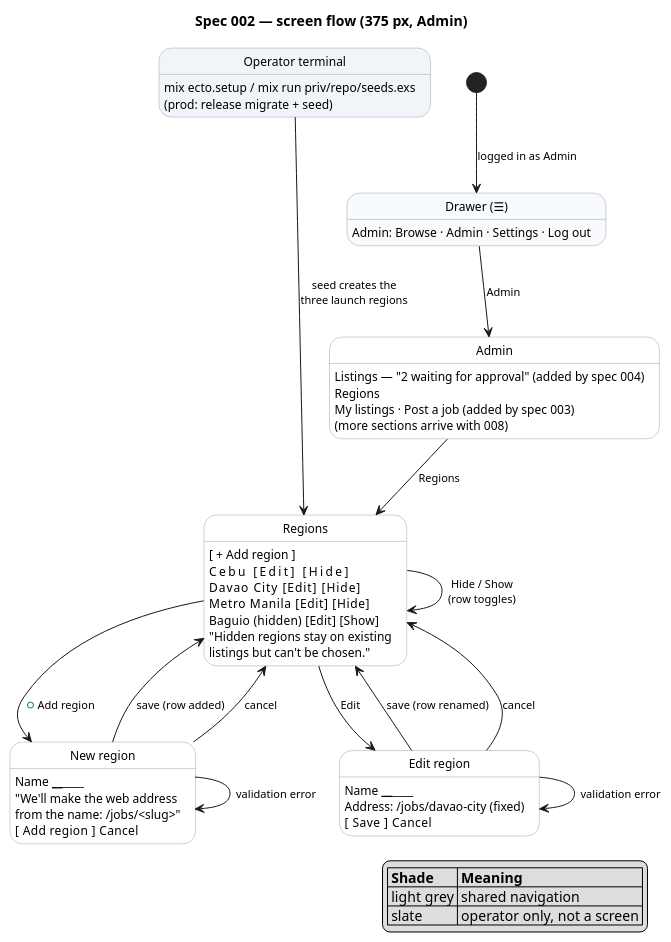
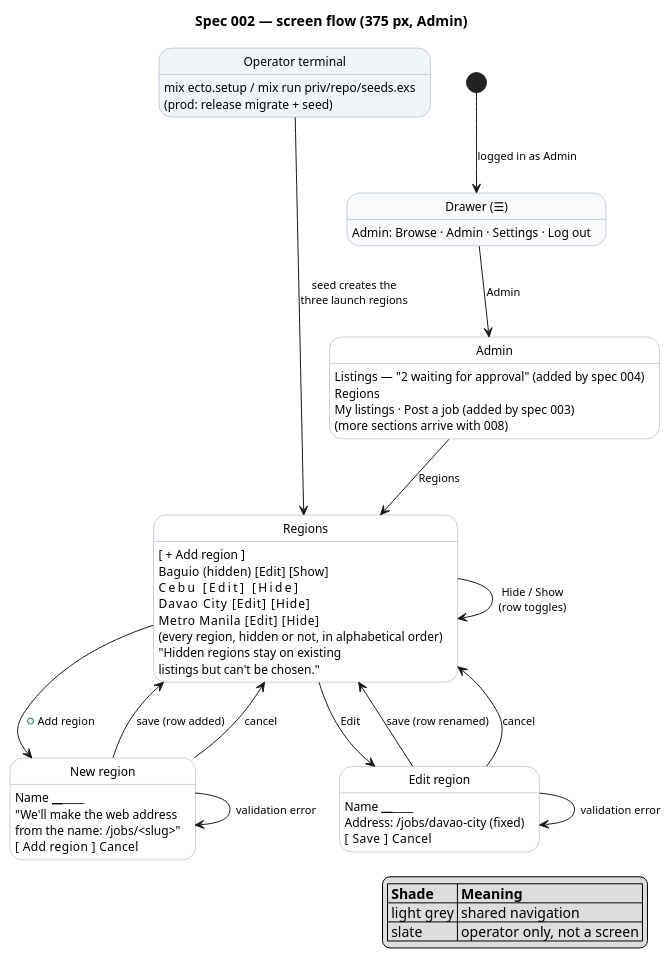
Before and after one commit to raseniero/jairojobs-elixir: the diagram in docs/specs/002-regions/diagrams/screenflow-regions.puml, drawn with PlantUML. The commit also changed 8 other files, not shown here.

Commit message:
docs(spec 002): a name needs a letter or digit (REQ-002-2, new scenario with its tests); wording and diagrams brought in line with the app

```diff
--- a/docs/specs/002-regions/diagrams/screenflow-regions.puml
+++ b/docs/specs/002-regions/diagrams/screenflow-regions.puml
@@ -1,69 +1,70 @@
 @startuml screenflow-regions
 ' Spec 002 — screen flow. Each state is a screen (key elements listed); each arrow is a user action.
 ' Every user story US-002-1..6 is a path through this diagram (see table in spec.md).
 
 hide empty description
 skinparam state {
   BackgroundColor white
   BackgroundColor<<public>> #f8fafc
   BackgroundColor<<terminal>> #f1f5f9
   BorderColor #94a3b8
   FontSize 12
 }
 skinparam arrowFontSize 11
 
 title Spec 002 — screen flow (375 px, Admin)
 
 state "Drawer (☰)" as Drawer <<public>>
 Drawer : Admin: Browse · Admin · Settings · Log out
 
 state "Admin" as Admin
 Admin : Listings — "2 waiting for approval" (added by spec 004)
 Admin : Regions
 Admin : My listings · Post a job (added by spec 003)
 Admin : (more sections arrive with 008)
 
 state "Regions" as Regions
 Regions : [ + Add region ]
+Regions : Baguio  (hidden)  [Edit] [Show]
 Regions : Cebu              [Edit] [Hide]
 Regions : Davao City        [Edit] [Hide]
 Regions : Metro Manila      [Edit] [Hide]
-Regions : Baguio  (hidden)  [Edit] [Show]
+Regions : (every region, hidden or not, in alphabetical order)
 Regions : "Hidden regions stay on existing\nlistings but can't be chosen."
 
 state "New region" as New
 New : Name ______________
 New : "We'll make the web address\nfrom the name: /jobs/<slug>"
 New : [ Add region ]   Cancel
 
 state "Edit region" as Edit
 Edit : Name ______________
 Edit : Address: /jobs/davao-city (fixed)
 Edit : [ Save ]   Cancel
 
 state "Operator terminal" as Terminal <<terminal>>
 Terminal : mix ecto.setup / mix run priv/repo/seeds.exs
 Terminal : (prod: release migrate + seed)
 
 [*] --> Drawer : logged in as Admin
 Drawer --> Admin : Admin
 Admin --> Regions : Regions
 Regions --> New : + Add region
 New --> Regions : save (row added)
 New --> New : validation error
 New --> Regions : cancel
 Regions --> Edit : Edit
 Edit --> Regions : save (row renamed)
 Edit --> Edit : validation error
 Edit --> Regions : cancel
 Regions --> Regions : Hide / Show\n(row toggles)
 Terminal --> Regions : seed creates the\nthree launch regions
 Terminal -[hidden]-> Drawer
 
 legend right
   |= Shade |= Meaning |
   | light grey | shared navigation |
   | slate | operator only, not a screen |
 endlegend
 
 @enduml
```
